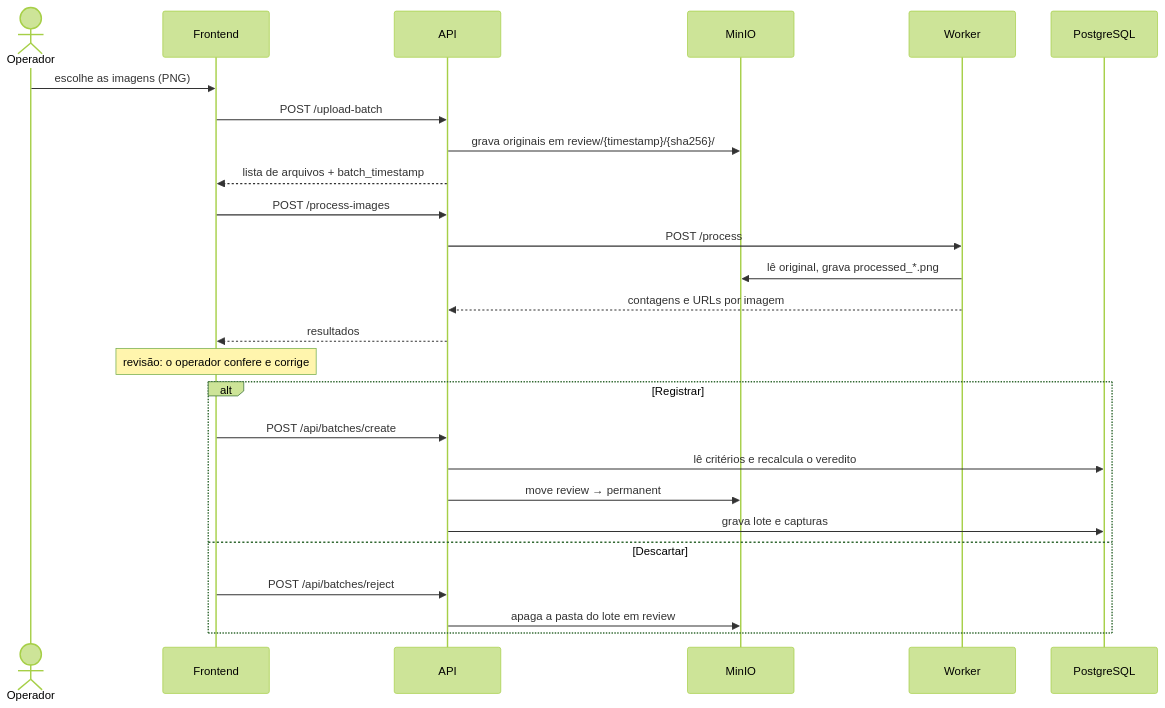
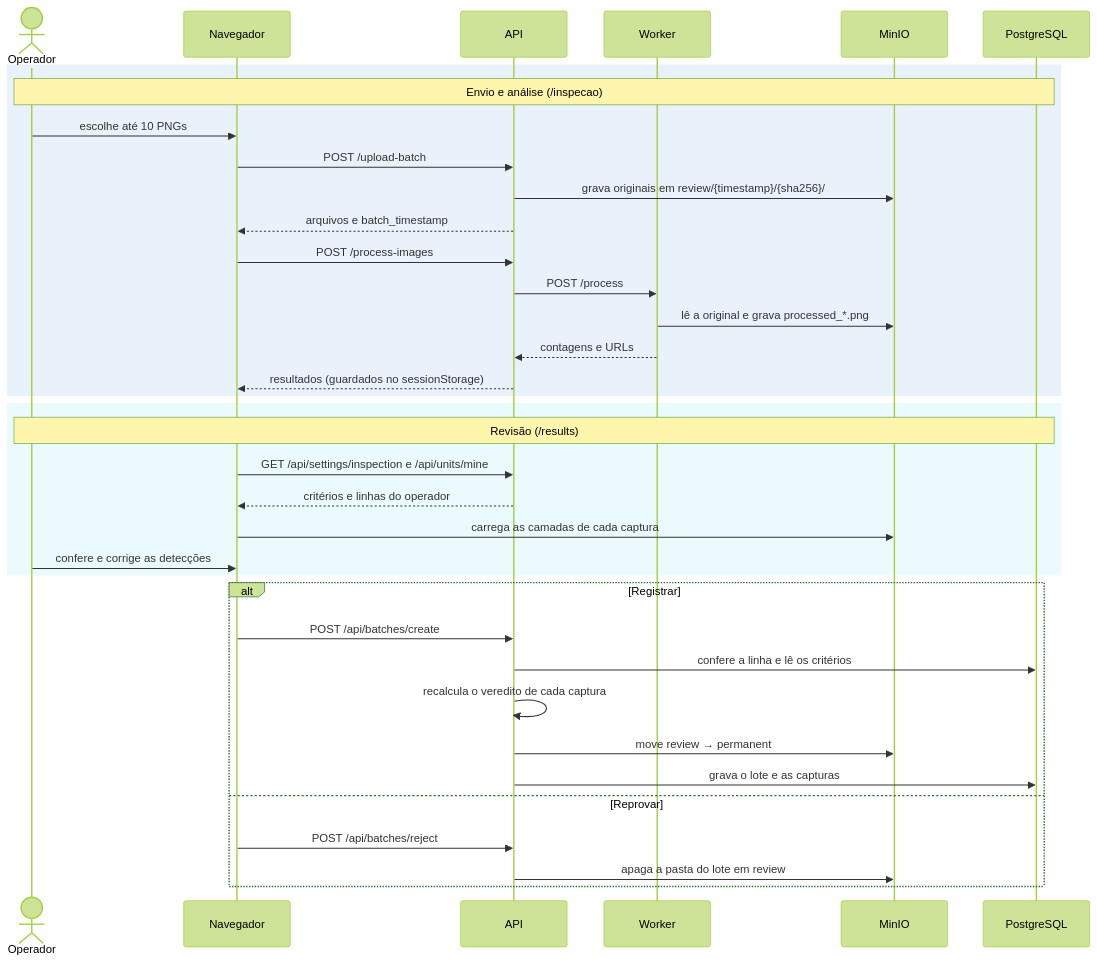
Before and after one commit to d3vluz/HawkEye: the third of 4 diagrams in docs/arquitetura.md, drawn with Mermaid (forest theme). The commit also changed other lines of this file and 9 other files, not shown here.

````diff
--- a/docs/arquitetura.md
+++ b/docs/arquitetura.md
@@ -38,29 +77,41 @@
 ```mermaid
 sequenceDiagram
     actor Op as Operador
-    participant FE as Frontend
+    participant Nav as Navegador
     participant API
+    participant WK as Worker
     participant S3 as MinIO
-    participant WK as Worker
     participant DB as PostgreSQL
 
-    Op->>FE: escolhe as imagens (PNG)
-    FE->>API: POST /upload-batch
+    rect rgba(46, 125, 214, 0.10)
+    Note over Op, DB: Envio e análise (/inspecao)
+    Op->>Nav: escolhe até 10 PNGs
+    Nav->>API: POST /upload-batch
     API->>S3: grava originais em review/{timestamp}/{sha256}/
-    API-->>FE: lista de arquivos + batch_timestamp
-    FE->>API: POST /process-images
+    API-->>Nav: arquivos e batch_timestamp
+    Nav->>API: POST /process-images
     API->>WK: POST /process
-    WK->>S3: lê original, grava processed_*.png
-    WK-->>API: contagens e URLs por imagem
-    API-->>FE: resultados
-    Note over FE: revisão: o operador confere e corrige
+    WK->>S3: lê a original e grava processed_*.png
+    WK-->>API: contagens e URLs
+    API-->>Nav: resultados (guardados no sessionStorage)
+    end
+
+    rect rgba(0, 184, 212, 0.08)
+    Note over Op, DB: Revisão (/results)
+    Nav->>API: GET /api/settings/inspection e /api/units/mine
+    API-->>Nav: critérios e linhas do operador
+    Nav->>S3: carrega as camadas de cada captura
+    Op->>Nav: confere e corrige as detecções
+    end
+
     alt Registrar
-        FE->>API: POST /api/batches/create
-        API->>DB: lê critérios e recalcula o veredito
+        Nav->>API: POST /api/batches/create
+        API->>DB: confere a linha e lê os critérios
+        API->>API: recalcula o veredito de cada captura
         API->>S3: move review → permanent
-        API->>DB: grava lote e capturas
-    else Descartar
-        FE->>API: POST /api/batches/reject
+        API->>DB: grava o lote e as capturas
+    else Reprovar
+        Nav->>API: POST /api/batches/reject
         API->>S3: apaga a pasta do lote em review
     end
 ```
````
